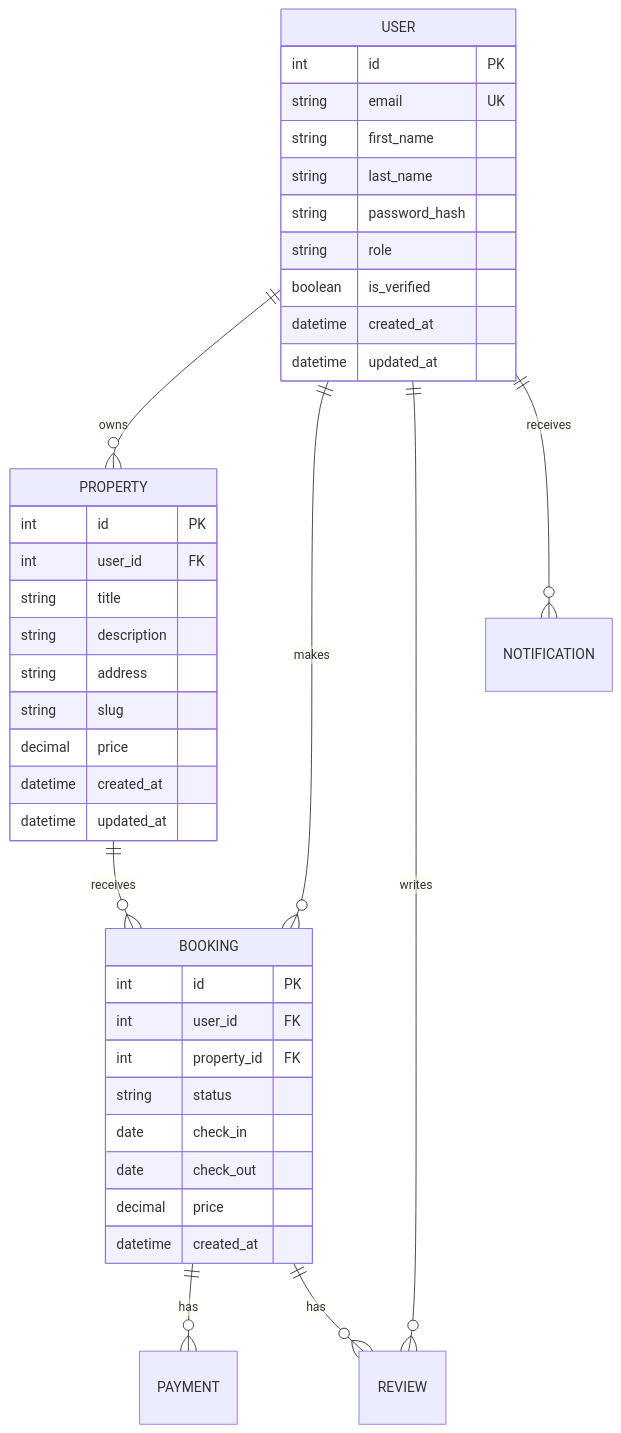
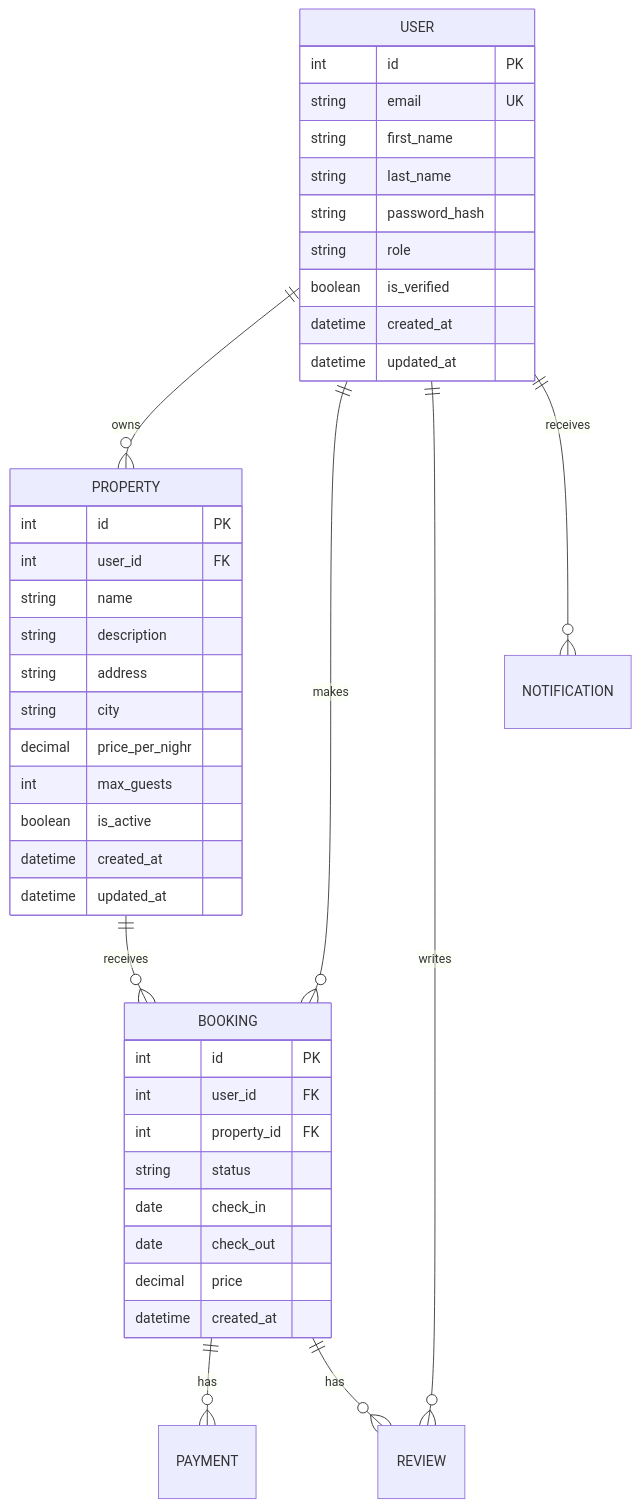
Before and after one commit to EmmaAtom00/homebase: the first of 2 diagrams in docs/DATA.md, drawn with Mermaid. The commit also changed other lines of this file and 42 other files, not shown here.

````diff
--- a/docs/DATA.md
+++ b/docs/DATA.md
@@ -3,57 +3,59 @@
 ```mermaid
 erDiagram
     USER {
         int id  PK
         string  email   UK
         string  first_name
         string  last_name
         string  password_hash
         string  role
         boolean is_verified
         datetime    created_at
         datetime    updated_at
     }
 
     PROPERTY {
         int id  PK
         int user_id FK
-        string  title
+        string  name
         string  description
         string  address
-        string  slug
-        decimal price
+        string  city
+        decimal price_per_nighr
+        int     max_guests
+        boolean is_active
         datetime    created_at
         datetime    updated_at
     }
 
     BOOKING {
         int id  PK
         int user_id FK
         int property_id FK
         string  status
         date    check_in
         date    check_out
         decimal price
         datetime    created_at
     }
 
     REVIEW {
 
     }
 
     PAYMENT {
 
     }
 
     NOTIFICATION {
 
     }
 
     USER || --o{ PROPERTY : owns
     USER || --o{ BOOKING: makes
     PROPERTY || --o{ BOOKING: receives
     USER || --o{ REVIEW: writes
     BOOKING || --o{ PAYMENT: has
     USER || --o{ NOTIFICATION: receives
     BOOKING || --o{ REVIEW: has
 ```
````
